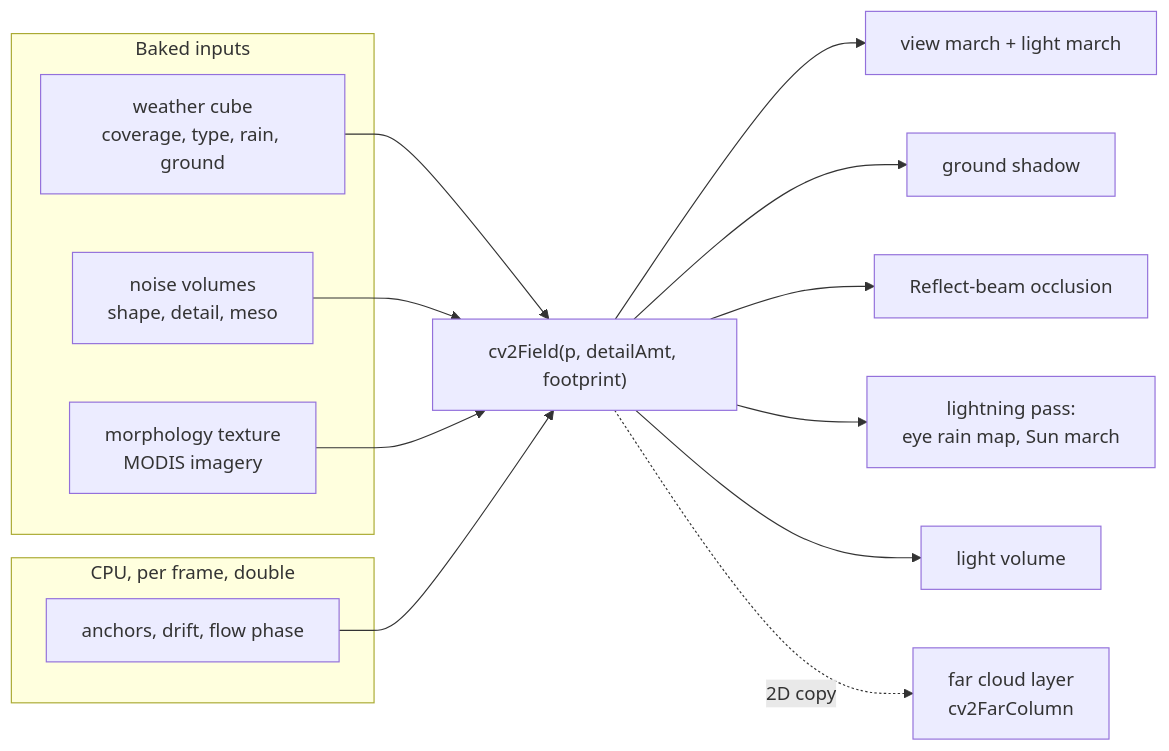
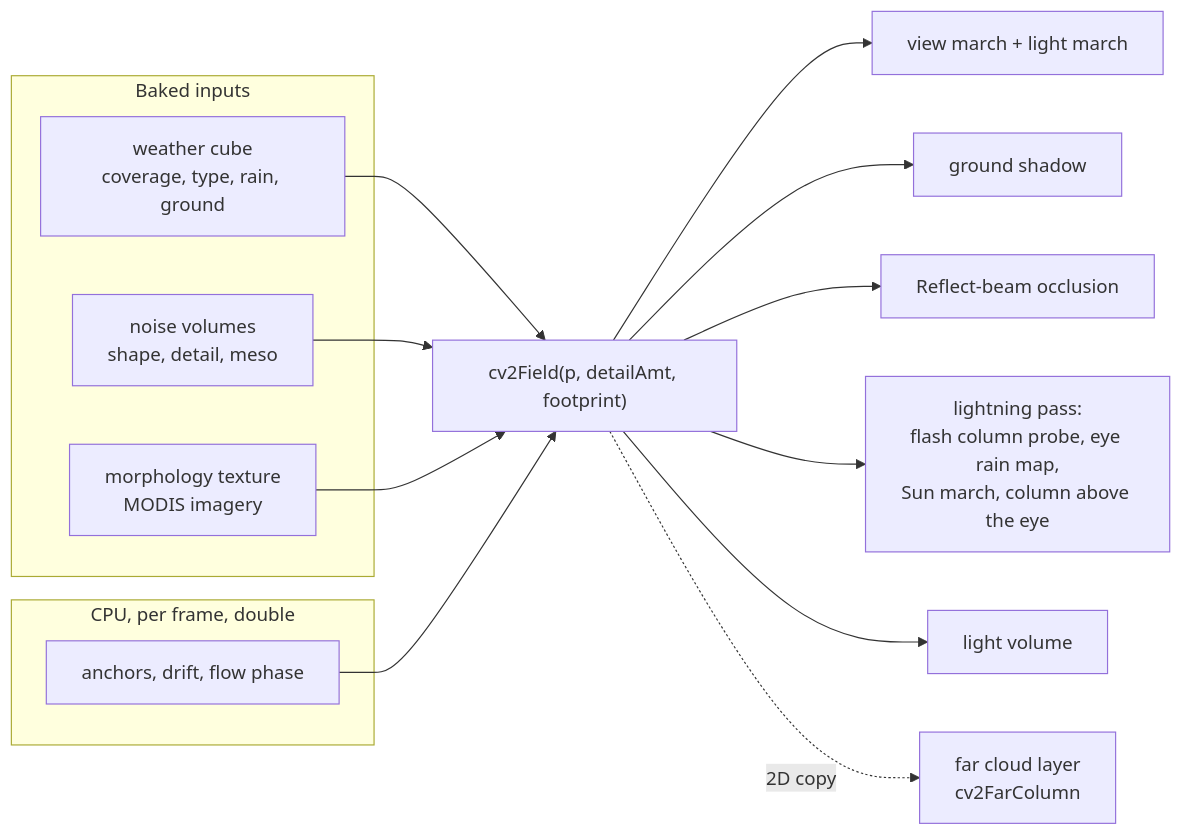
Before and after one commit to largepizza/SAT_LIGHT_SIM: the diagram in wiki/rendering/clouds/field.md, drawn with Mermaid. The commit also changed other lines of this file and 28 other files, not shown here.

First line of the commit message:
Wiki pass: aurora space weather, UI review and bookmarks, rain particles, lightning v2, render scale and temporal upscaling, Starmind shells

````diff
--- a/wiki/rendering/clouds/field.md
+++ b/wiki/rendering/clouds/field.md
@@ -17,21 +17,21 @@
 ```mermaid
 flowchart LR
   subgraph inputs[Baked inputs]
     W[weather cube<br/>coverage, type, rain, ground]
     N[noise volumes<br/>shape, detail, meso]
     M[morphology texture<br/>MODIS imagery]
   end
   subgraph cpu[CPU, per frame, double]
     A[anchors, drift, flow phase]
   end
   W --> F["cv2Field(p, detailAmt, footprint)"]
   N --> F
   M --> F
   A --> F
   F --> V[view march + light march]
   F --> G[ground shadow]
   F --> B[Reflect-beam occlusion]
-  F --> L[lightning pass:<br/>eye rain map, Sun march]
+  F --> L[lightning pass:<br/>flash column probe, eye rain map,<br/>Sun march, column above the eye]
   F --> LV[light volume]
   F -.2D copy.-> FAR[far cloud layer<br/>cv2FarColumn]
 ```
````
